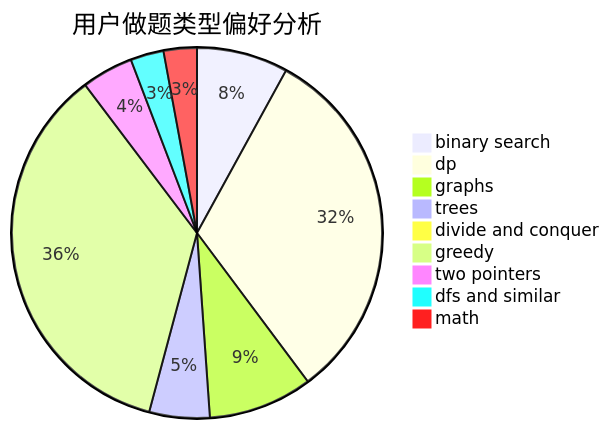
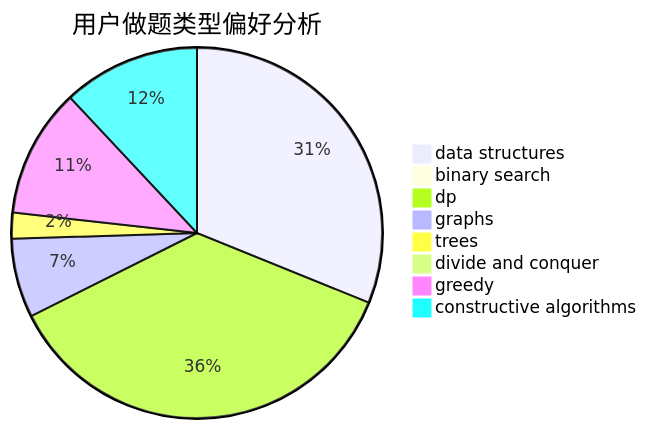
The second of 3 diagrams in docs/user/u943.md (sherpahu/cfrs.github.io), drawn with Mermaid before and after one commit. The commit also changed other lines of this file and 2775 other files, not shown here.

````diff
--- a/docs/user/u943.md
+++ b/docs/user/u943.md
@@ -23,12 +23,11 @@
 ```mermaid
 pie title 用户做题类型偏好分析
-    "binary search" :  165
-    "dp" :  658
-    "graphs" :  188
-    "trees" :  109
+    "data structures" :  343
+    "binary search" :  4
+    "dp" :  402
+    "graphs" :  76
+    "trees" :  25
     "divide and conquer" :  0
-    "greedy" :  735
-    "two pointers" :  93
-    "dfs and similar" :  60
-    "math" :  60
+    "greedy" :  124
+    "constructive algorithms" :  132
 ```
````
